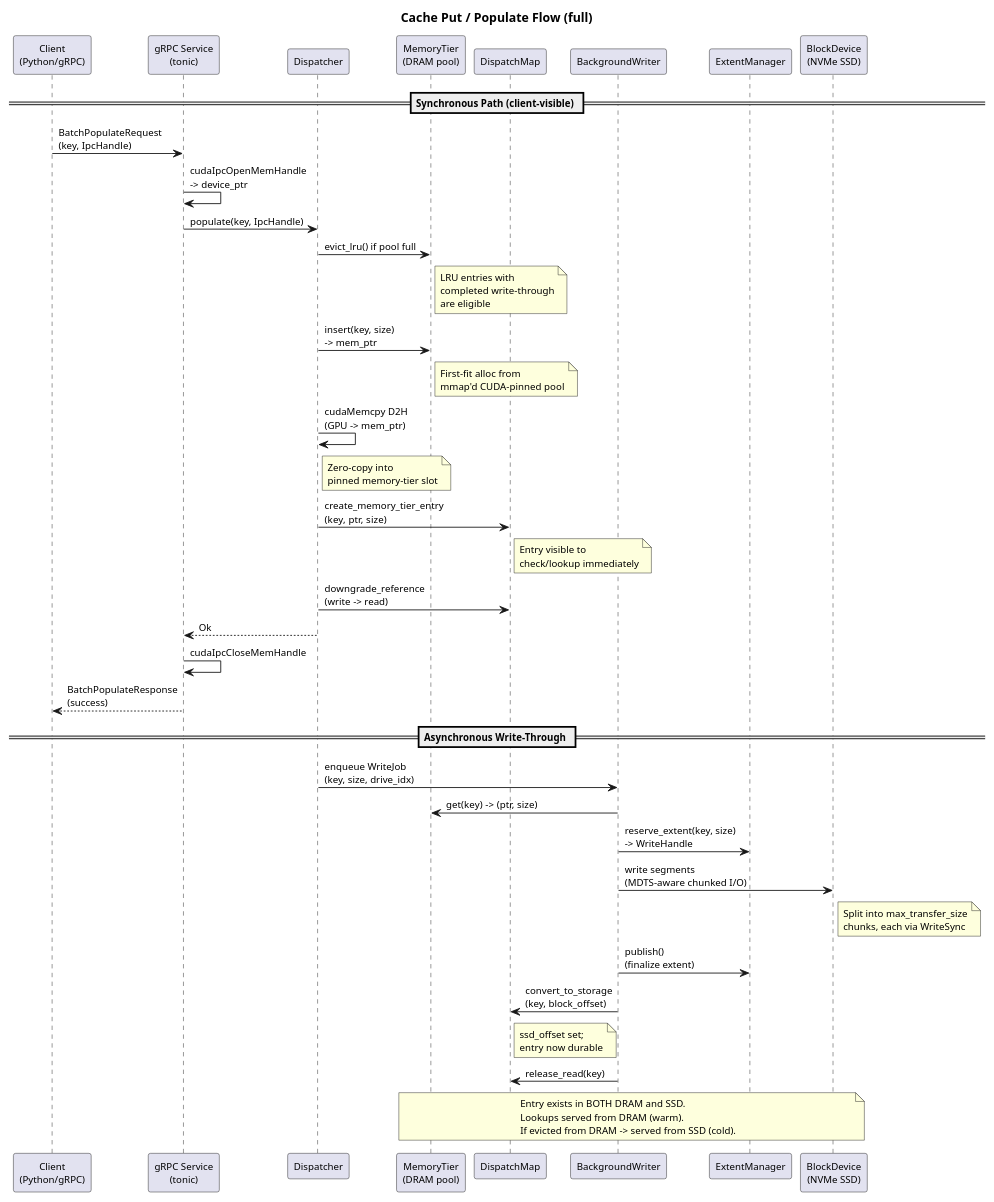
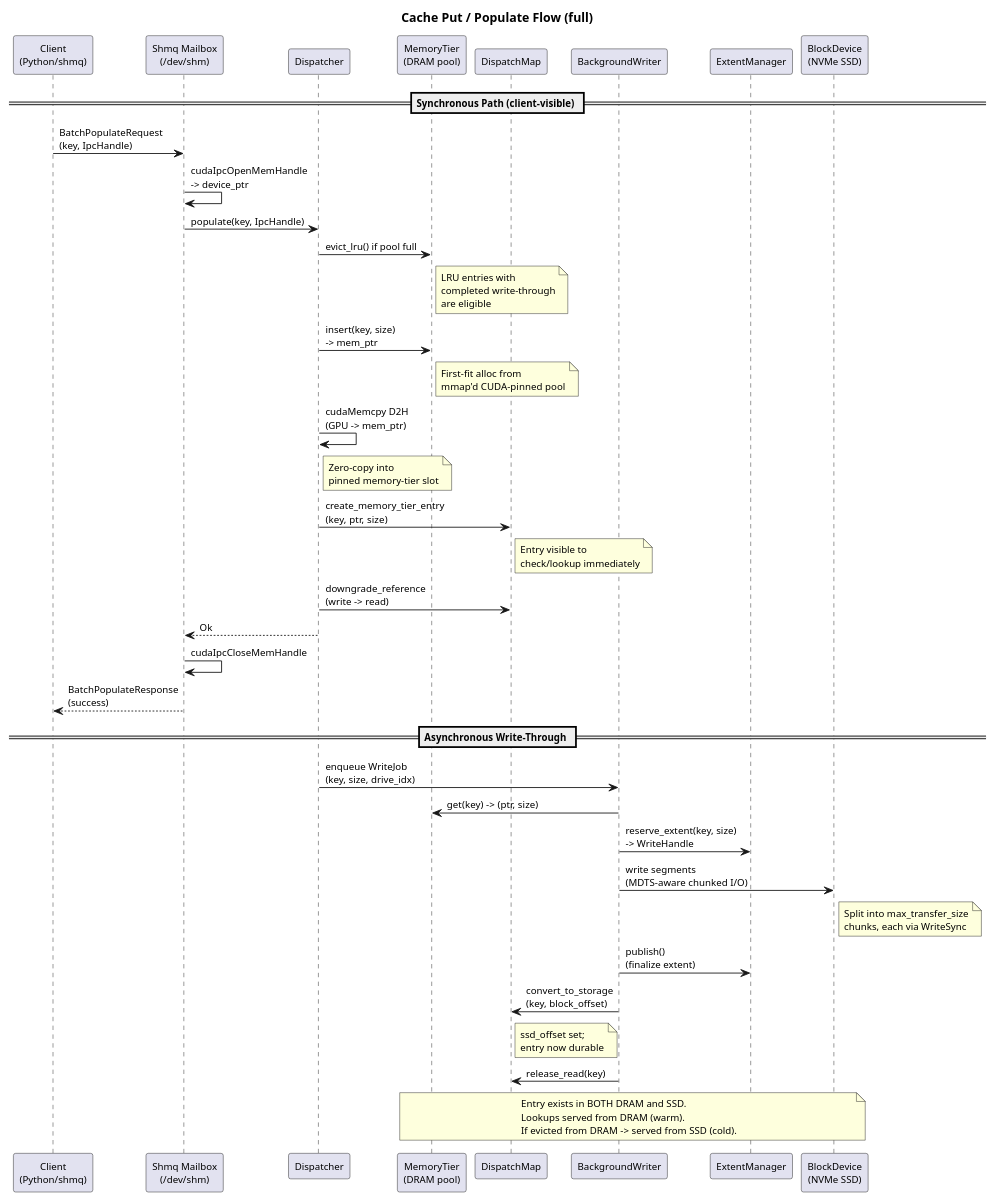
One commit to AI-native-Systems-Research/ai-native-storage-certus changed the diagram in design/profiles/full/design-spec-put-flow.puml. Above: the diagram before and after it, drawn with PlantUML. The commit also changed 283 other files, not shown here.

First line of the commit message:
Remove gRPC; make shm-queue the sole control transport

```diff
--- a/design/profiles/full/design-spec-put-flow.puml
+++ b/design/profiles/full/design-spec-put-flow.puml
@@ -1,56 +1,56 @@
 @startuml
 skinparam shadowing false
 skinparam defaultFontSize 11
 
 title Cache Put / Populate Flow (full)
 
-participant "Client\n(Python/gRPC)" as client
-participant "gRPC Service\n(tonic)" as grpc
+participant "Client\n(Python/shmq)" as client
+participant "Shmq Mailbox\n(/dev/shm)" as shmq
 participant "Dispatcher" as disp
 participant "MemoryTier\n(DRAM pool)" as mt
 participant "DispatchMap" as dm
 participant "BackgroundWriter" as bgw
 participant "ExtentManager" as em
 participant "BlockDevice\n(NVMe SSD)" as ssd
 
 == Synchronous Path (client-visible) ==
 
-client -> grpc: BatchPopulateRequest\n(key, IpcHandle)
-grpc -> grpc: cudaIpcOpenMemHandle\n-> device_ptr
-grpc -> disp: populate(key, IpcHandle)
+client -> shmq: BatchPopulateRequest\n(key, IpcHandle)
+shmq -> shmq: cudaIpcOpenMemHandle\n-> device_ptr
+shmq -> disp: populate(key, IpcHandle)
 
 disp -> mt: evict_lru() if pool full
 note right of mt: LRU entries with\ncompleted write-through\nare eligible
 
 disp -> mt: insert(key, size)\n-> mem_ptr
 note right of mt: First-fit alloc from\nmmap'd CUDA-pinned pool
 
 disp -> disp: cudaMemcpy D2H\n(GPU -> mem_ptr)
 note right of disp: Zero-copy into\npinned memory-tier slot
 
 disp -> dm: create_memory_tier_entry\n(key, ptr, size)
 note right of dm: Entry visible to\ncheck/lookup immediately
 
 disp -> dm: downgrade_reference\n(write -> read)
 
-disp --> grpc: Ok
-grpc -> grpc: cudaIpcCloseMemHandle
-grpc --> client: BatchPopulateResponse\n(success)
+disp --> shmq: Ok
+shmq -> shmq: cudaIpcCloseMemHandle
+shmq --> client: BatchPopulateResponse\n(success)
 
 == Asynchronous Write-Through ==
 
 disp -> bgw: enqueue WriteJob\n(key, size, drive_idx)
 bgw -> mt: get(key) -> (ptr, size)
 bgw -> em: reserve_extent(key, size)\n-> WriteHandle
 bgw -> ssd: write segments\n(MDTS-aware chunked I/O)
 note right of ssd: Split into max_transfer_size\nchunks, each via WriteSync
 
 bgw -> em: publish()\n(finalize extent)
 bgw -> dm: convert_to_storage\n(key, block_offset)
 note right of dm: ssd_offset set;\nentry now durable
 
 bgw -> dm: release_read(key)
 
 note over mt, ssd: Entry exists in BOTH DRAM and SSD.\nLookups served from DRAM (warm).\nIf evicted from DRAM -> served from SSD (cold).
 
 @enduml
```
